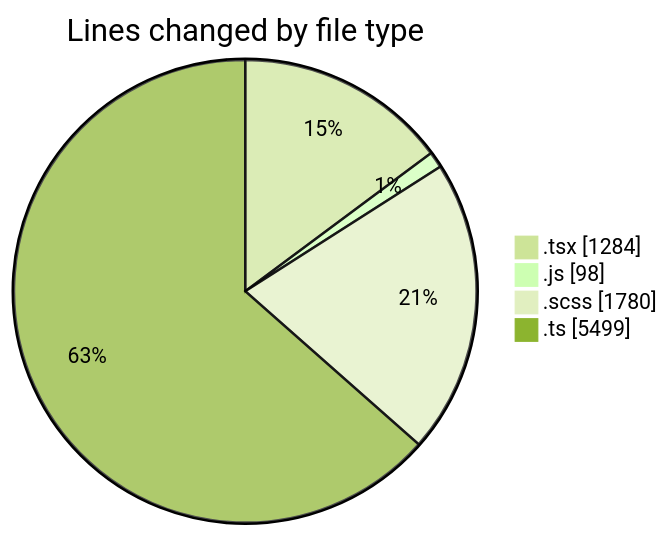
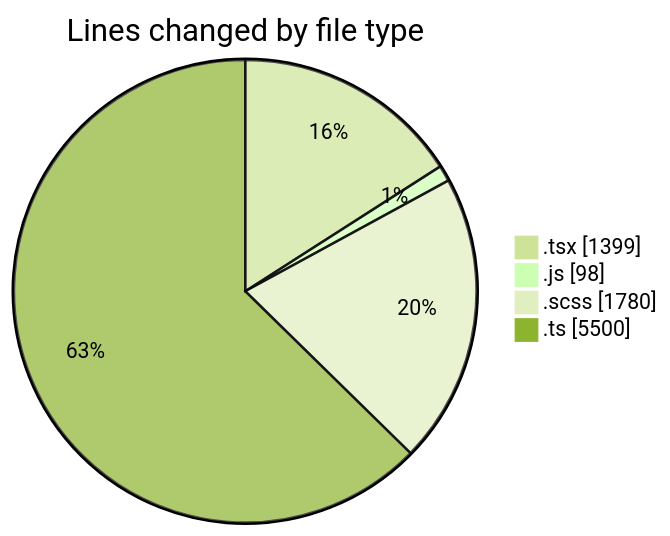
The first of 2 diagrams in 2025-03-31/cda/README.md (momahboobian/code-tracking), drawn with Mermaid (forest theme) before and after one commit. The commit also changed other lines of this file and 1 other file, not shown here.

````diff
--- a/2025-03-31/cda/README.md
+++ b/2025-03-31/cda/README.md
@@ -39,8 +39,8 @@
 ```mermaid
 pie showData
 title Lines changed by file type
-".tsx" : 1284
+".tsx" : 1399
 ".js" : 98
 ".scss" : 1780
-".ts" : 5499
+".ts" : 5500
 ```
````
